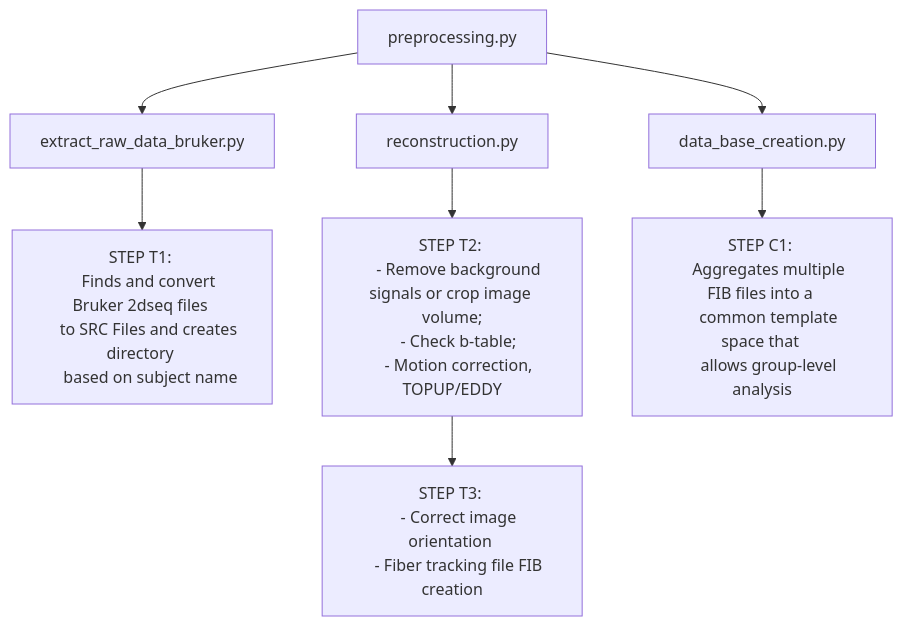
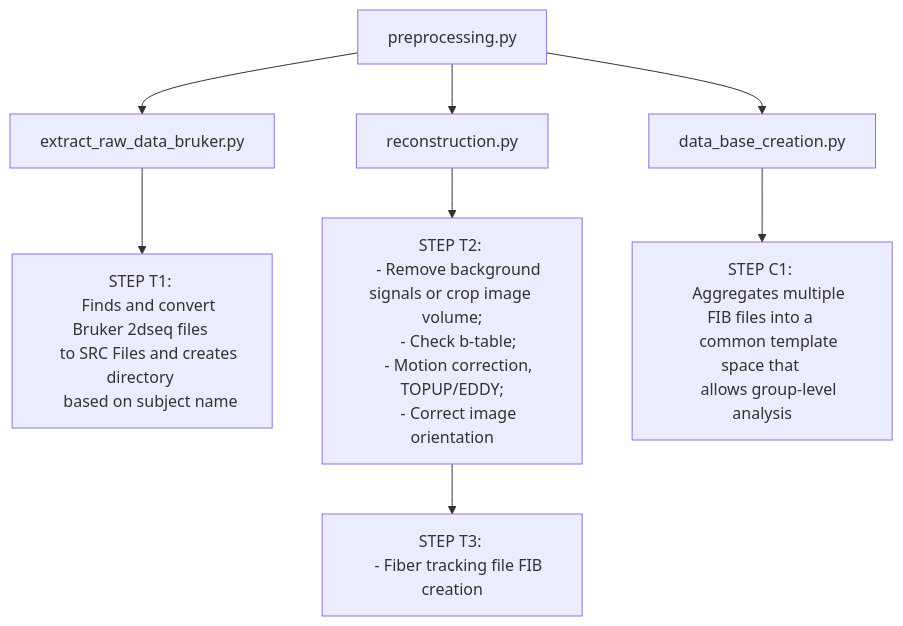
The first of 2 diagrams in README.md (ut-klab-ygroup/mri-dsi-studio-scripts), drawn with Mermaid before and after one commit.

````diff
--- a/README.md
+++ b/README.md
@@ -22,24 +22,24 @@
 ```mermaid
 graph TD;
     A[preprocessing.py] --> B[extract_raw_data_bruker.py]
     A --> C[reconstruction.py]
     A --> D[data_base_creation.py]
 
     B --> B1[STEP T1: 
     Finds and convert Bruker 2dseq files 
     to SRC Files and creates directory 
     based on subject name]
     C --> C1[STEP T2: 
     - Remove background signals or crop image volume;
     - Check b-table; 
-    - Motion correction, TOPUP/EDDY]
+    - Motion correction, TOPUP/EDDY;
+    - Correct image orientation]
 
     C1 --> C2[STEP T3: 
-    - Correct image orientation 
     - Fiber tracking file FIB creation]
 
     D --> D1[STEP C1: 
     Aggregates multiple FIB files into a 
     common template space that 
     allows group-level analysis]
 ```
````
